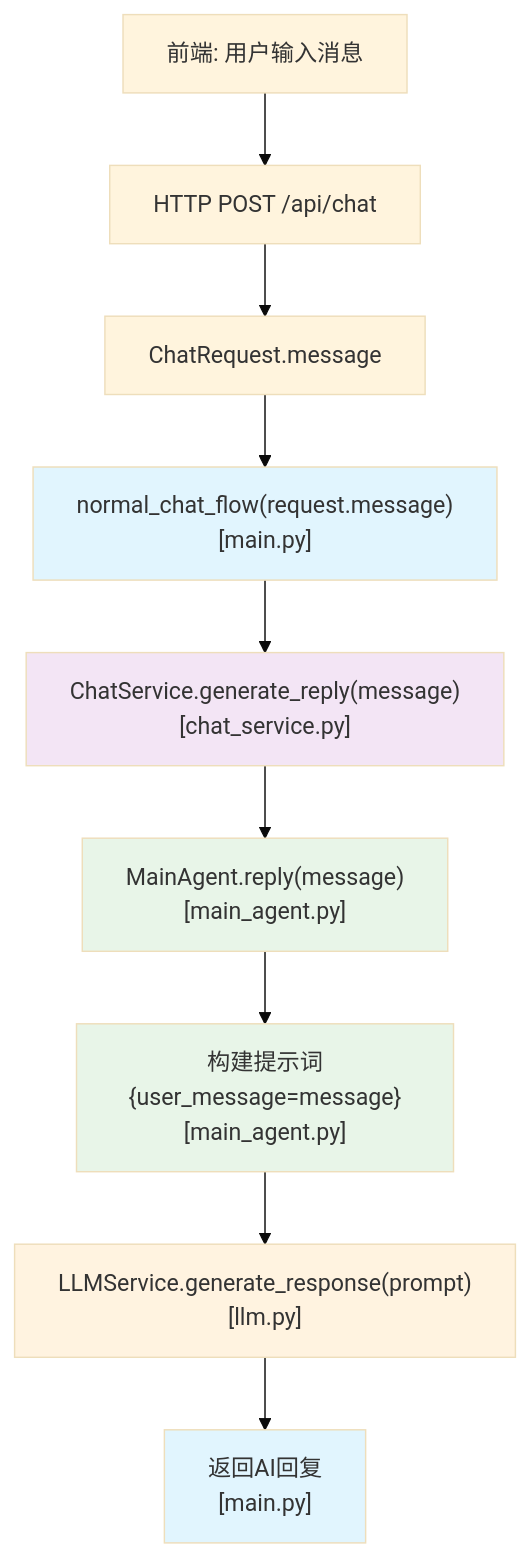
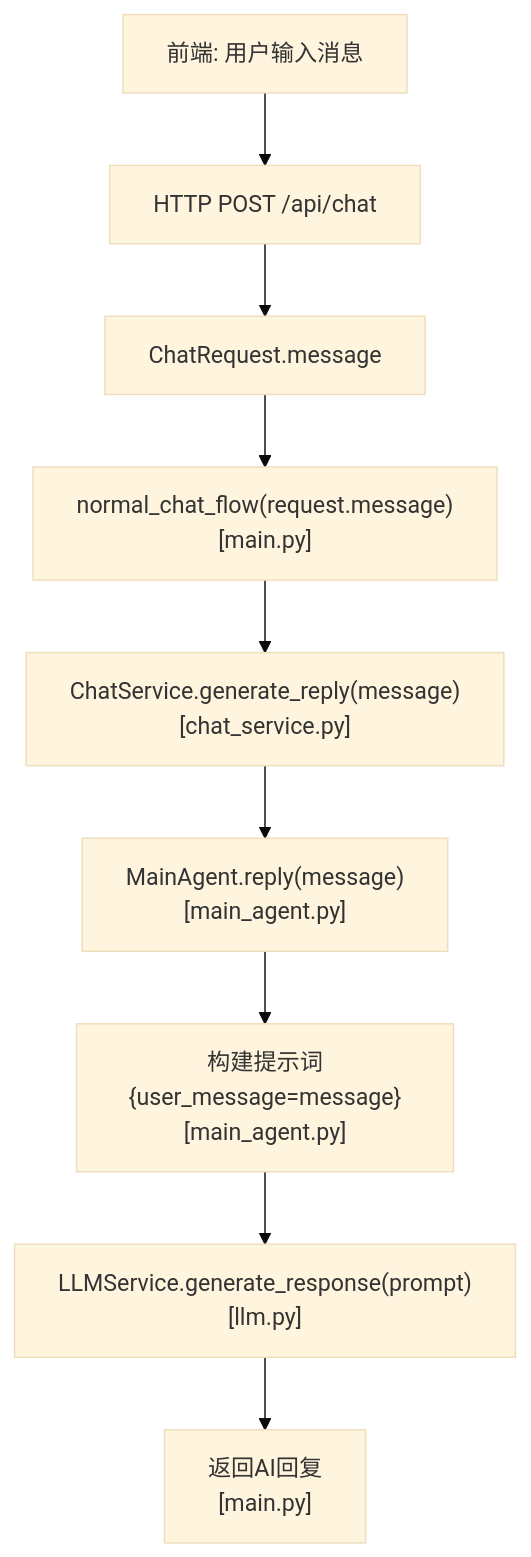
Before and after one commit to PKUMakerSpace/llm2d-doc: the first of 2 diagrams in backend/README.md, drawn with Mermaid (base theme). The commit also changed other lines of this file and 8 other files, not shown here.

````diff
--- a/backend/README.md
+++ b/backend/README.md
@@ -61,18 +61,13 @@
 ```mermaid
 graph TD
     A[前端: 用户输入消息] --> B[HTTP POST /api/chat]
     B --> C[ChatRequest.message]
     C --> D["normal_chat_flow(request.message)<br/>[main.py]"]
     D --> E["ChatService.generate_reply(message)<br/>[chat_service.py]"]
     E --> F["MainAgent.reply(message)<br/>[main_agent.py]"]
     F --> G["构建提示词{user_message=message}<br/>[main_agent.py]"]
     G --> H["LLMService.generate_response(prompt)<br/>[llm.py]"]
     H --> I["返回AI回复<br/>[main.py]"]
 
-    style D fill:#e1f5fe
-    style E fill:#f3e5f5
-    style F fill:#e8f5e8
-    style G fill:#e8f5e8
-    style H fill:#fff3e0
-    style I fill:#e1f5fe
+
 ```
````
